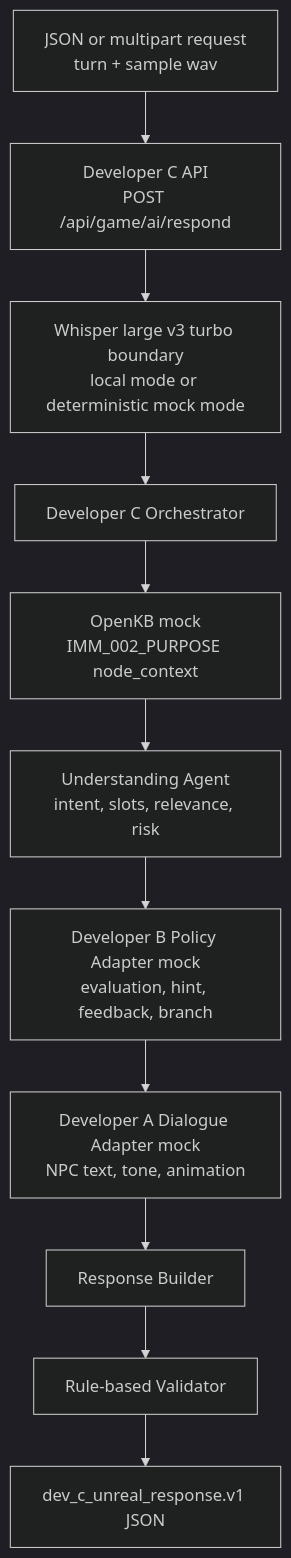
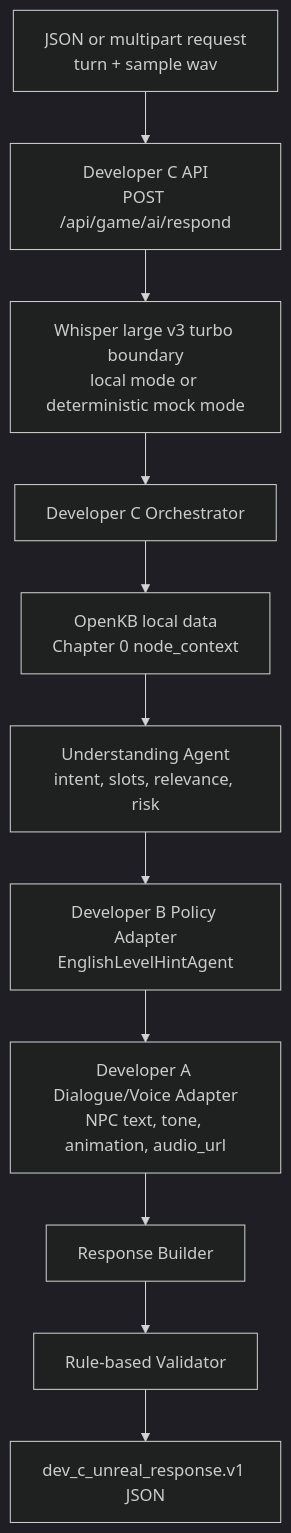
The first of 2 diagrams in docs/preprototype_status_demo_plan.md (PotenUP3-04-Synapse3/pj05_Murphy), drawn with Mermaid (dark theme) before and after one commit. The commit also changed other lines of this file and 18 other files, not shown here.

Commit message:
feat: integrate A/B preprototype flow

````diff
--- a/docs/preprototype_status_demo_plan.md
+++ b/docs/preprototype_status_demo_plan.md
@@ -66,13 +68,13 @@
 ```mermaid
 flowchart TD
     REQ["JSON or multipart request<br/>turn + sample wav"] --> API["Developer C API<br/>POST /api/game/ai/respond"]
     API --> STT["Whisper large v3 turbo boundary<br/>local mode or deterministic mock mode"]
     STT --> ORCH["Developer C Orchestrator"]
-    ORCH --> KB["OpenKB mock<br/>IMM_002_PURPOSE node_context"]
+    ORCH --> KB["OpenKB local data<br/>Chapter 0 node_context"]
     KB --> UA["Understanding Agent<br/>intent, slots, relevance, risk"]
-    UA --> B["Developer B Policy Adapter mock<br/>evaluation, hint, feedback, branch"]
-    B --> A["Developer A Dialogue Adapter mock<br/>NPC text, tone, animation"]
+    UA --> B["Developer B Policy Adapter<br/>EnglishLevelHintAgent"]
+    B --> A["Developer A Dialogue/Voice Adapter<br/>NPC text, tone, animation, audio_url"]
     A --> RB["Response Builder"]
     RB --> V["Rule-based Validator"]
     V --> OUT["dev_c_unreal_response.v1 JSON"]
 ```
````
